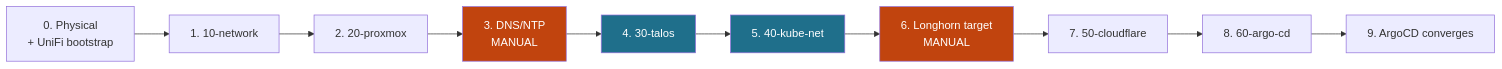
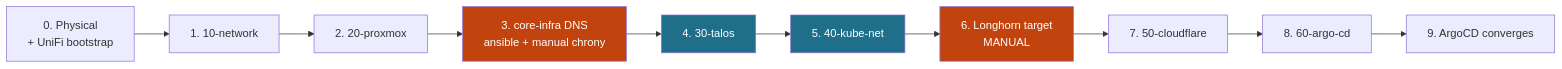
Before and after one commit to RYFOJE/Home_Lab: the second of 2 diagrams in documentation/infrastructure/disaster_recovery.md, drawn with Mermaid. The commit also changed other lines of this file and 26 other files, not shown here.

Commit message:
Created ansible playbook to setup dns/ntp servers

````diff
--- a/documentation/infrastructure/disaster_recovery.md
+++ b/documentation/infrastructure/disaster_recovery.md
@@ -134,17 +135,17 @@
 ```mermaid
 flowchart LR
     P[0. Physical<br/>+ UniFi bootstrap] --> N[1. 10-network]
     N --> X[2. 20-proxmox]
-    X --> M[3. DNS/NTP<br/>MANUAL]
+    X --> M[3. core-infra DNS<br/>ansible + manual chrony]
     M --> T[4. 30-talos]
     T --> K[5. 40-kube-net]
     K --> L[6. Longhorn target<br/>MANUAL]
     L --> C[7. 50-cloudflare]
     C --> A[8. 60-argo-cd]
     A --> G[9. ArgoCD converges]
 
     style M fill:#c1440e,color:#fff
     style L fill:#c1440e,color:#fff
     style T fill:#1f6f8b,color:#fff
     style K fill:#1f6f8b,color:#fff
 ```
````
